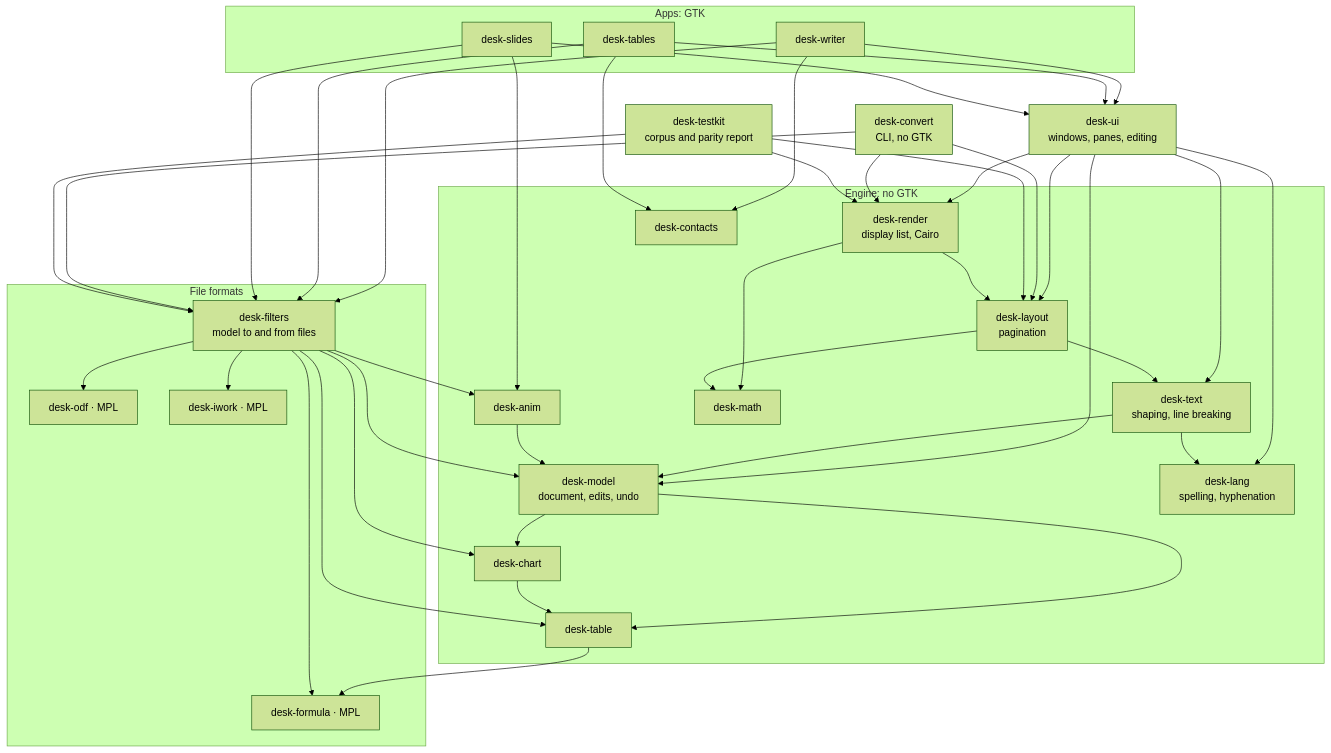
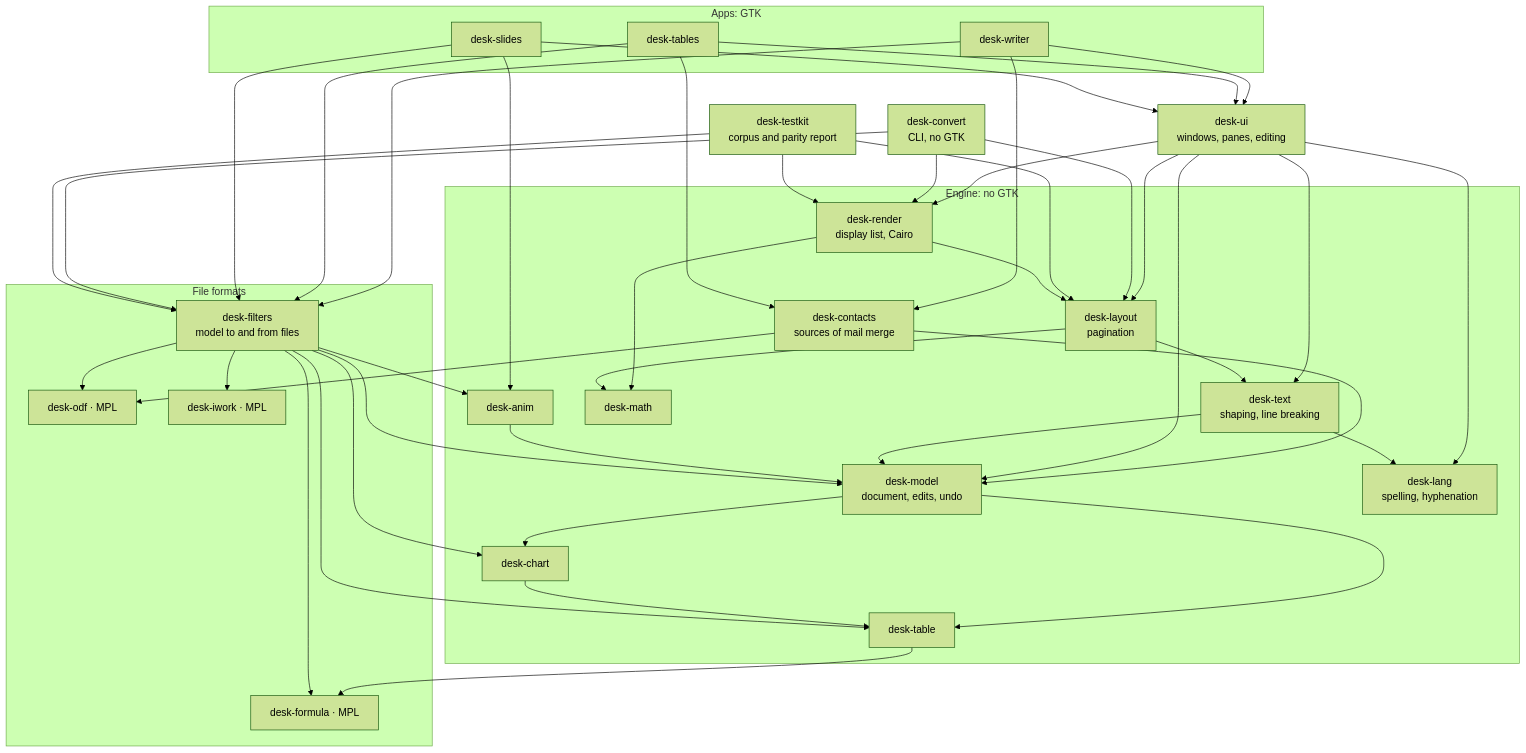
The third of 8 diagrams in docs/architecture.md (brahm/desk), drawn with Mermaid (forest theme) before and after one commit. The commit also changed 23 other files, not shown here.

First line of the commit message:
W3 step 11: the sources of a mail merge (W105)

````diff
--- a/docs/architecture.md
+++ b/docs/architecture.md
@@ -71,42 +71,43 @@
 ```mermaid
 flowchart TB
     subgraph apps [Apps: GTK]
         writer[desk-writer]
         tables[desk-tables]
         slides[desk-slides]
     end
     ui[desk-ui<br>windows, panes, editing]
     convert[desk-convert<br>CLI, no GTK]
     testkit[desk-testkit<br>corpus and parity report]
     subgraph engine [Engine: no GTK]
         render[desk-render<br>display list, Cairo]
         layout[desk-layout<br>pagination]
         text[desk-text<br>shaping, line breaking]
         model[desk-model<br>document, edits, undo]
         chart[desk-chart]
         math[desk-math]
         table[desk-table]
         anim[desk-anim]
         lang[desk-lang<br>spelling, hyphenation]
-        contacts[desk-contacts]
+        contacts[desk-contacts<br>sources of mail merge]
     end
     subgraph formats [File formats]
         filters[desk-filters<br>model to and from files]
         odf[desk-odf · MPL]
         iwork[desk-iwork · MPL]
         formula[desk-formula · MPL]
     end
     writer & tables & slides --> ui & filters
     writer & tables --> contacts
+    contacts --> model & odf
     slides --> anim
     ui --> render & layout & text & model & lang
     convert --> filters & render & layout
     testkit --> filters & render & layout
     render --> layout --> text --> model
     render & layout --> math
     text --> lang
     model --> chart & table
     chart --> table --> formula
     anim --> model
     filters --> model & odf & iwork & anim & chart & table & formula
 ```
````
